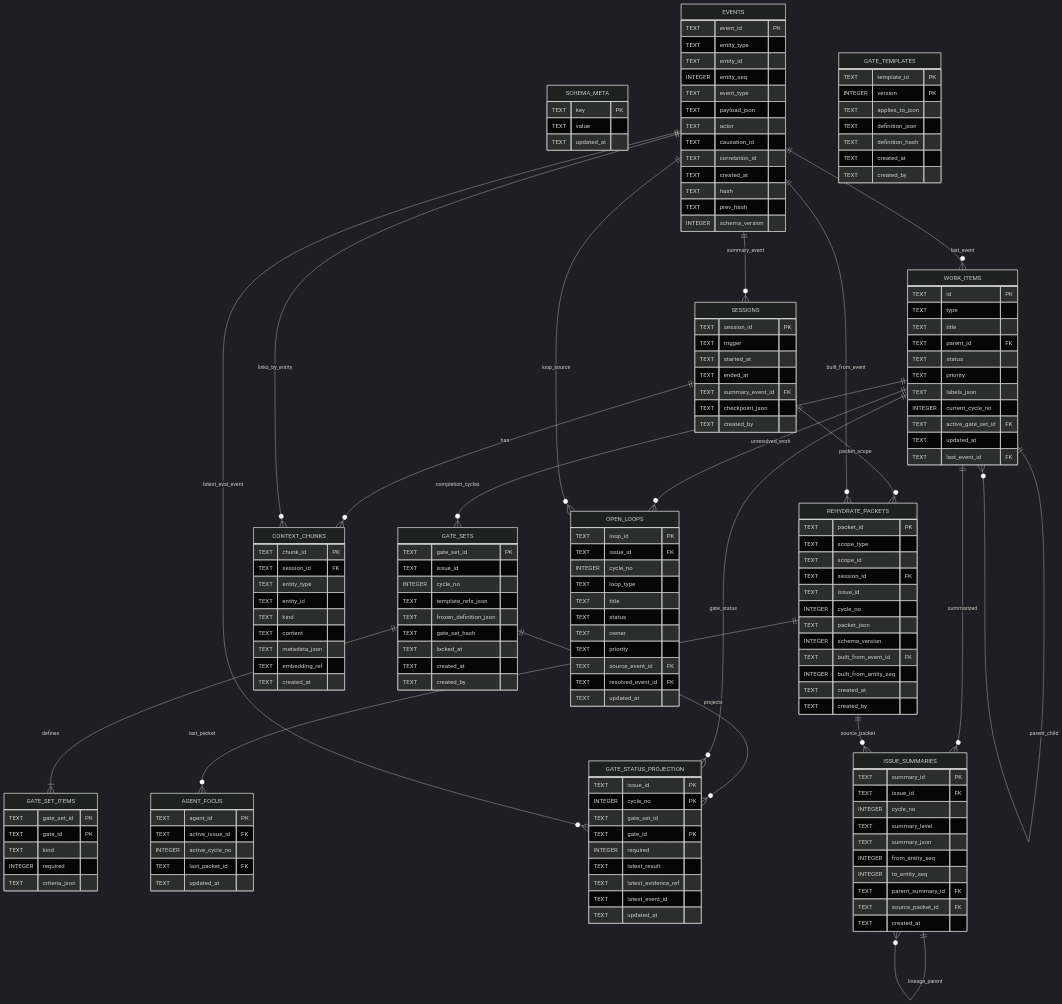
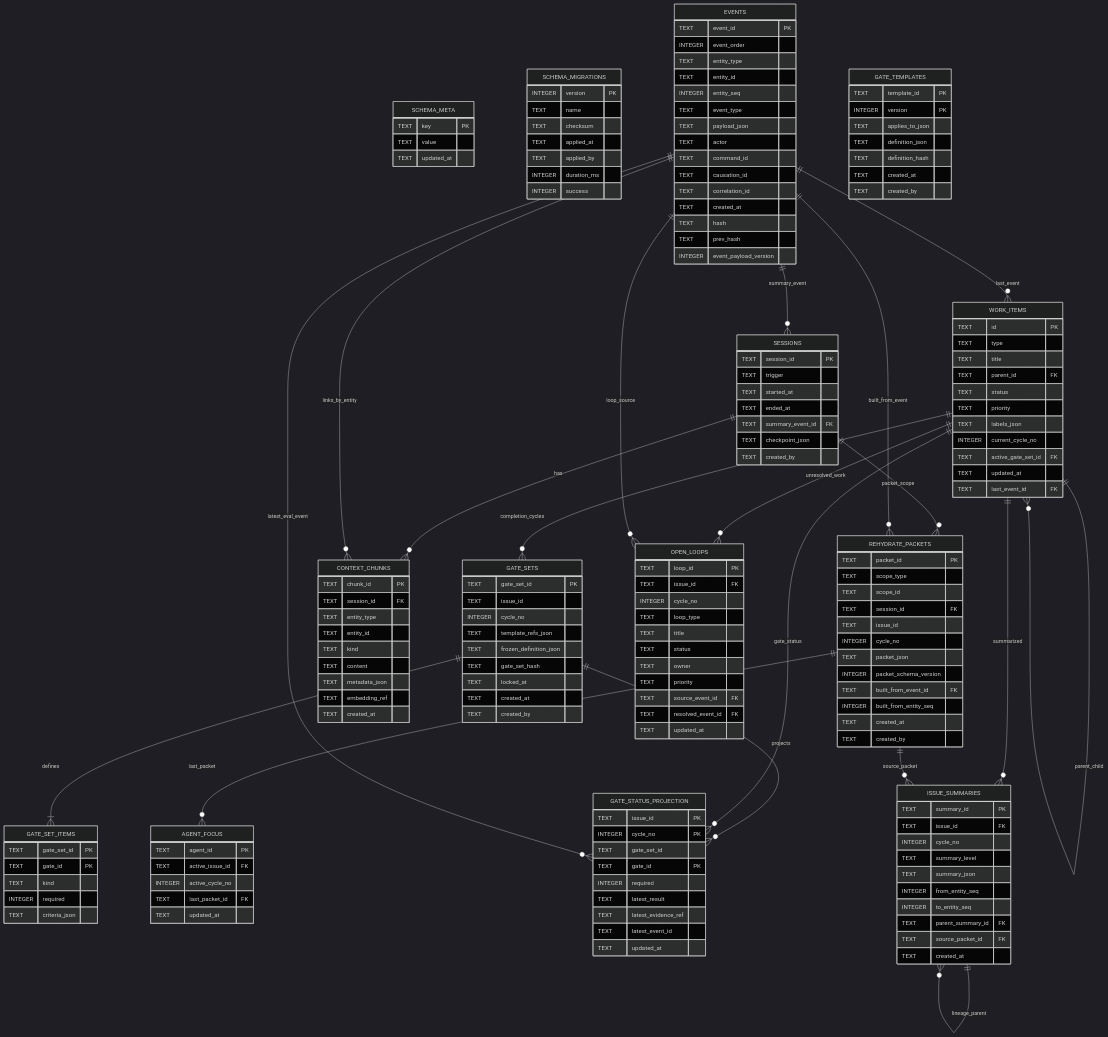
One commit to willbastian/memori changed the second of 2 diagrams in .codex/plans/context-bridge-agile-issue-ledger.md. Above: the diagram before and after it, drawn with Mermaid (dark theme). The commit also changed other lines of this file, not shown here.

```diff
--- a/.codex/plans/context-bridge-agile-issue-ledger.md
+++ b/.codex/plans/context-bridge-agile-issue-ledger.md
@@ -293,20 +343,32 @@
       TEXT updated_at
     }
 
+    SCHEMA_MIGRATIONS {
+      INTEGER version PK
+      TEXT name
+      TEXT checksum
+      TEXT applied_at
+      TEXT applied_by
+      INTEGER duration_ms
+      INTEGER success
+    }
+
     EVENTS {
       TEXT event_id PK
+      INTEGER event_order
       TEXT entity_type
       TEXT entity_id
       INTEGER entity_seq
       TEXT event_type
       TEXT payload_json
       TEXT actor
+      TEXT command_id
       TEXT causation_id
       TEXT correlation_id
       TEXT created_at
       TEXT hash
       TEXT prev_hash
-      INTEGER schema_version
+      INTEGER event_payload_version
     }
 
     GATE_TEMPLATES {
@@ -369,7 +431,7 @@
       TEXT issue_id
       INTEGER cycle_no
       TEXT packet_json
-      INTEGER schema_version
+      INTEGER packet_schema_version
       TEXT built_from_event_id FK
       INTEGER built_from_entity_seq
       TEXT created_at
```
